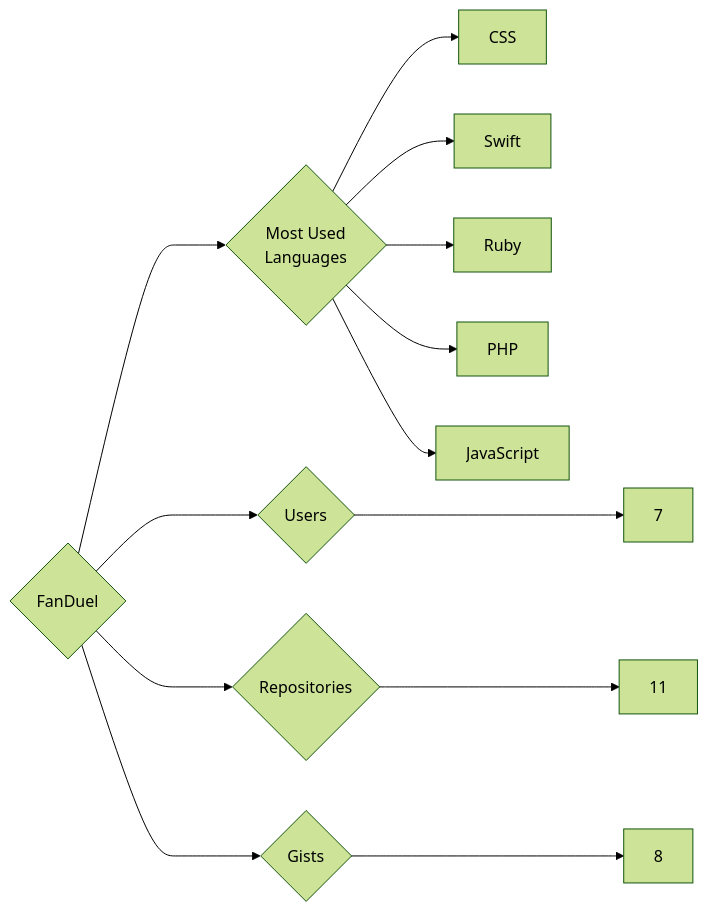
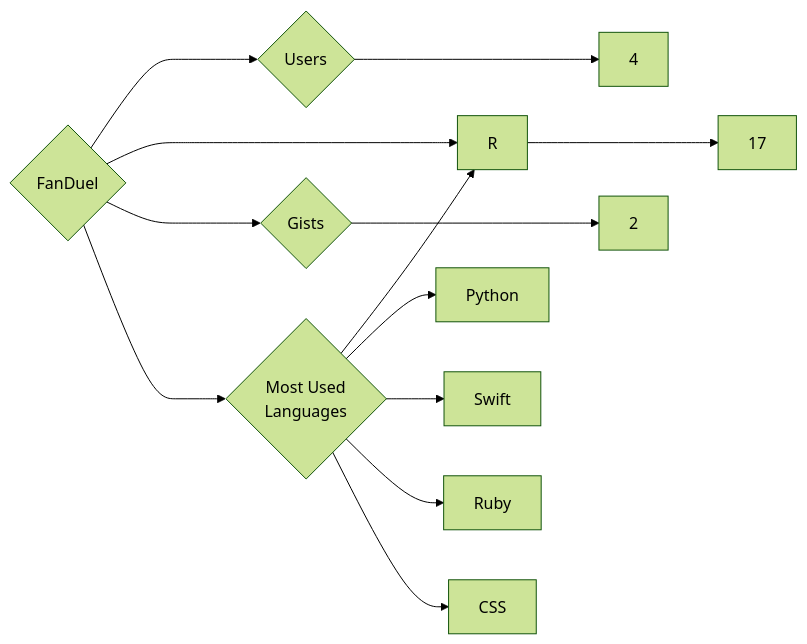
The diagram in targets/FanDuel/README.md (trickest/insiders), drawn with Mermaid (forest theme) before and after one commit. The commit also changed 942 other files, not shown here.

````diff
--- a/targets/FanDuel/README.md
+++ b/targets/FanDuel/README.md
@@ -3,13 +3,13 @@
 ```mermaid
 graph LR
 COMPANY_NAME{FanDuel}
-COMPANY_NAME ---> U{Users} ---> UN[7]
-COMPANY_NAME ---> R{Repositories} ---> RN[11]
-COMPANY_NAME ---> G{Gists} ---> GN[8]
+COMPANY_NAME ---> U{Users} ---> UN[4]
+COMPANY_NAME ---> R{Repositories} ---> RN[17]
+COMPANY_NAME ---> G{Gists} ---> GN[2]
 COMPANY_NAME ---> ML{Most Used<br>Languages}
-ML --> CSS[CSS]
+ML --> R[R]
+ML --> Python[Python]
 ML --> Swift[Swift]
 ML --> Ruby[Ruby]
-ML --> PHP[PHP]
-ML --> JavaScript[JavaScript]
+ML --> CSS[CSS]
 ```
````
